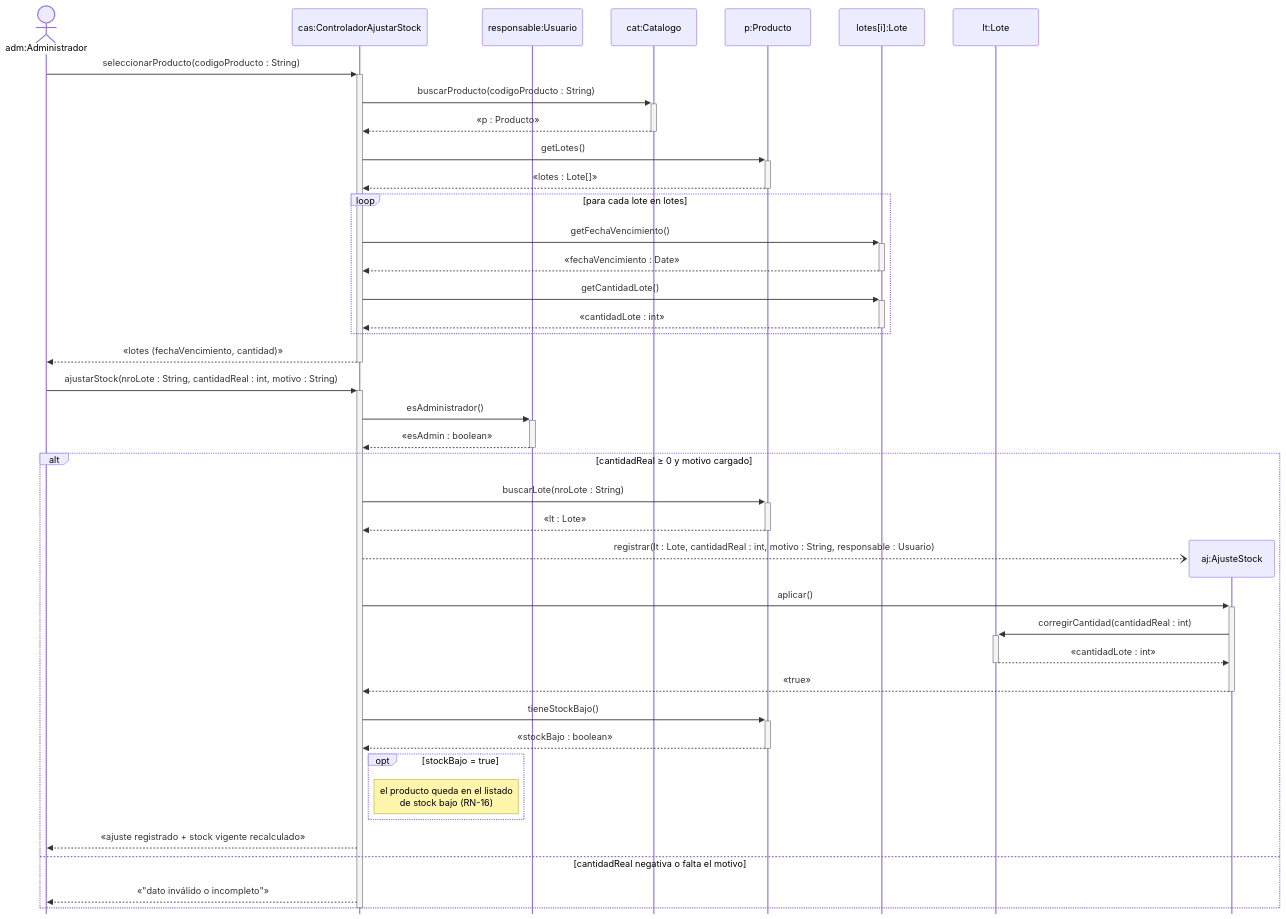
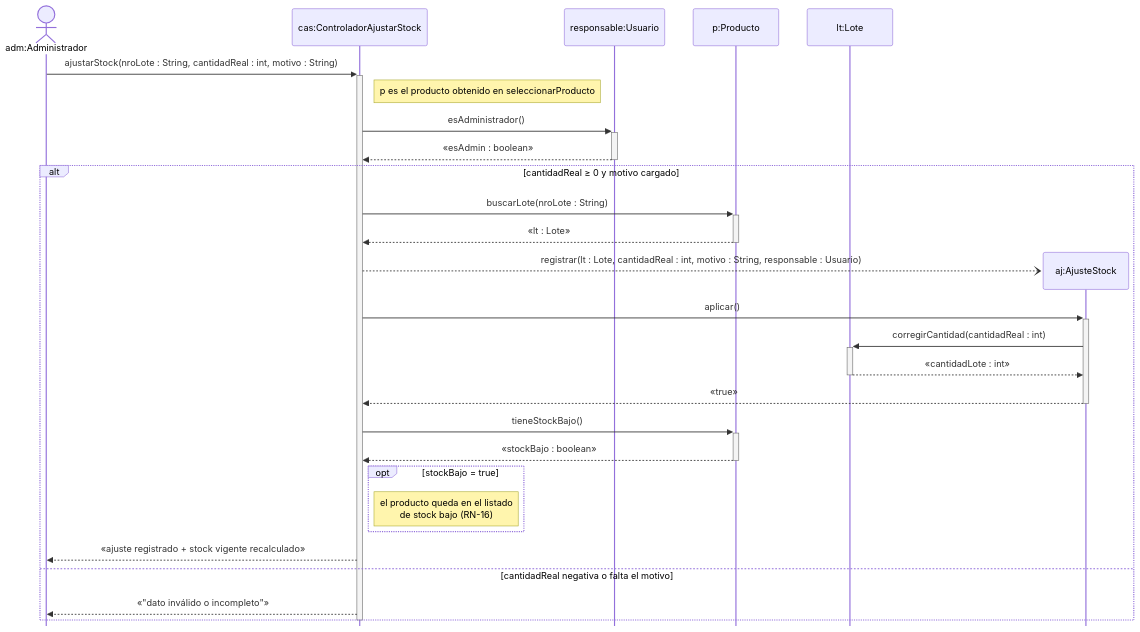
One commit to cirotop/Stock-Project changed diagram 13 of 17 in 08-Diagrama De Secuencia/Diagramas_de_Secuencia.md. Above: the diagram before and after it, drawn with Mermaid. The commit also changed other lines of this file, not shown here.

````diff
--- a/08-Diagrama De Secuencia/Diagramas_de_Secuencia.md
+++ b/08-Diagrama De Secuencia/Diagramas_de_Secuencia.md
@@ -322,47 +402,33 @@
 ```mermaid
 %%{init: {"sequence": {"mirrorActors": false}, "themeCSS": ".loopLine { stroke-dasharray: none !important; stroke-width: 1.5px !important; }"}}%%
 sequenceDiagram
     actor adm as adm:Administrador
     participant cas as cas:ControladorAjustarStock
     participant resp as responsable:Usuario
-    participant cat as cat:Catalogo
     participant p as p:Producto
-    participant li as lotes[i]:Lote
     participant lt as lt:Lote
 
-    adm->>+cas: seleccionarProducto(codigoProducto : String)
-    cas->>+cat: buscarProducto(codigoProducto : String)
-    cat-->>-cas: «p : Producto»
-    cas->>+p: getLotes()
-    p-->>-cas: «lotes : Lote[]»
-    loop para cada lote en lotes
-        cas->>+li: getFechaVencimiento()
-        li-->>-cas: «fechaVencimiento : Date»
-        cas->>+li: getCantidadLote()
-        li-->>-cas: «cantidadLote : int»
-    end
-    cas-->>-adm: «lotes (fechaVencimiento, cantidad)»
-
     adm->>+cas: ajustarStock(nroLote : String, cantidadReal : int, motivo : String)
+    Note right of cas: p es el producto obtenido en seleccionarProducto
     cas->>+resp: esAdministrador()
     resp-->>-cas: «esAdmin : boolean»
     alt cantidadReal ≥ 0 y motivo cargado
         cas->>+p: buscarLote(nroLote : String)
         p-->>-cas: «lt : Lote»
         create participant aj as aj:AjusteStock
         cas--)aj: registrar(lt : Lote, cantidadReal : int, motivo : String, responsable : Usuario)
         cas->>+aj: aplicar()
         aj->>+lt: corregirCantidad(cantidadReal : int)
         lt-->>-aj: «cantidadLote : int»
         aj-->>-cas: «true»
         cas->>+p: tieneStockBajo()
         p-->>-cas: «stockBajo : boolean»
         opt stockBajo = true
             Note right of cas: el producto queda en el listado<br/>de stock bajo (RN-16)
         end
         cas-->>adm: «ajuste registrado + stock vigente recalculado»
     else cantidadReal negativa o falta el motivo
         cas-->>adm: «"dato inválido o incompleto"»
     end
     deactivate cas
 ```
````
